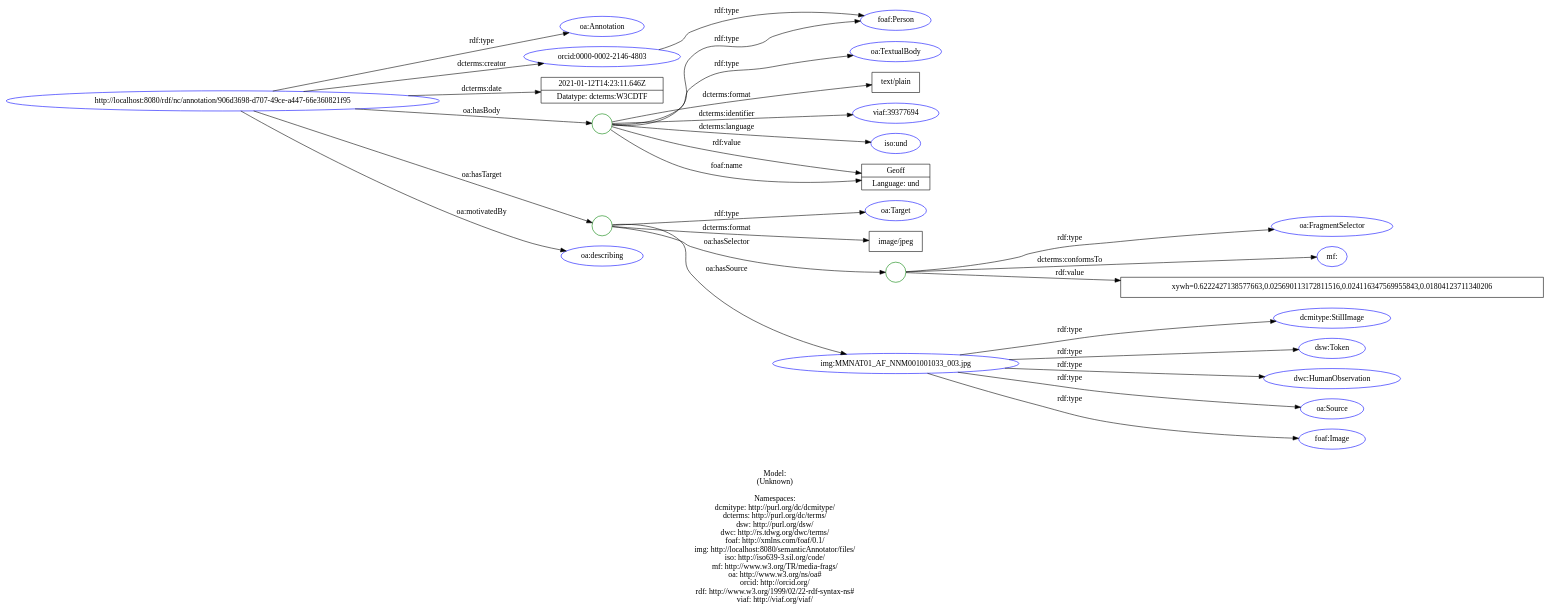
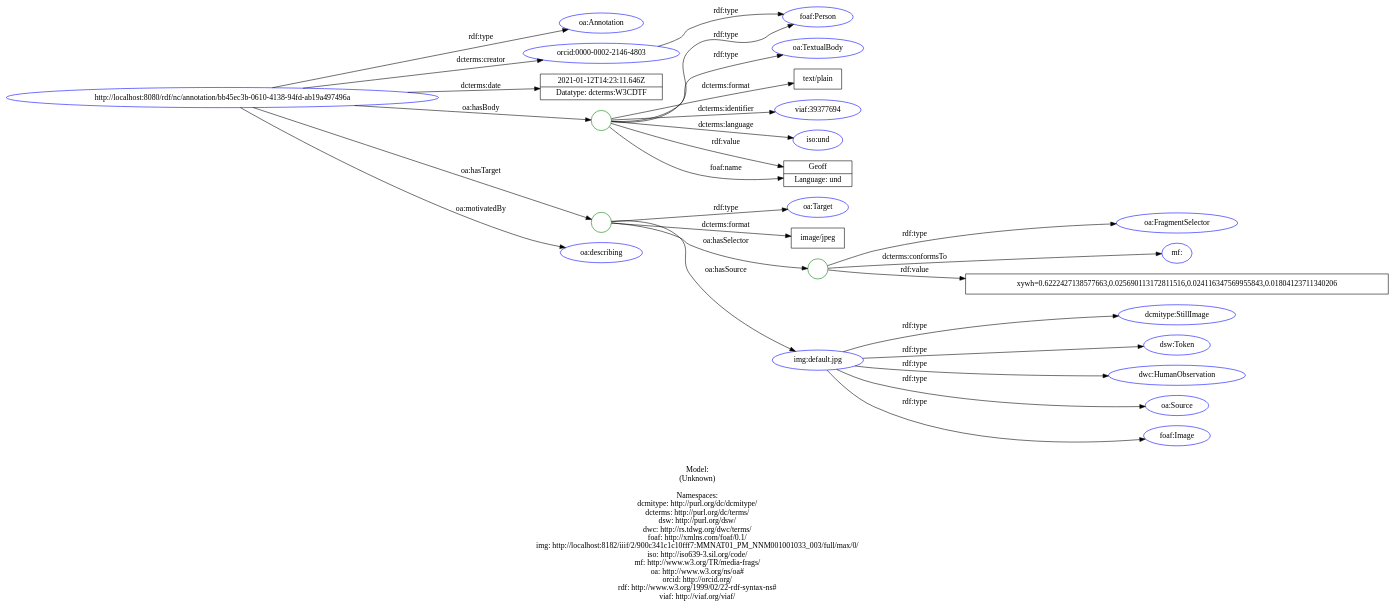
Before and after one commit to lisestork/SFB-Annotator: the diagram in doc/models/example_2_1.dot, drawn with Graphviz. The commit also changed 23 other files, not shown here.

Commit message:
Update RDF graphs & SVG plots.

```diff
--- a/doc/models/example_2_1.dot
+++ b/doc/models/example_2_1.dot
@@ -1,64 +1,64 @@
 digraph {
 	rankdir = LR;
 	charset="utf-8";
 
-	"Rhttp://localhost:8080/rdf/nc/annotation/906d3698-d707-49ce-a447-66e360821f95" -> "Roa:Annotation" [ label="rdf:type" ];
-	"Rhttp://localhost:8080/rdf/nc/annotation/906d3698-d707-49ce-a447-66e360821f95" -> "Rorcid:0000-0002-2146-4803" [ label="dcterms:creator" ];
-	"Rhttp://localhost:8080/rdf/nc/annotation/906d3698-d707-49ce-a447-66e360821f95" -> "L2021-01-12T14:23:11.646Z|Datatype: dcterms:W3CDTF" [ label="dcterms:date" ];
-	"Rhttp://localhost:8080/rdf/nc/annotation/906d3698-d707-49ce-a447-66e360821f95" -> "B_:node1f0go8rutx7" [ label="oa:hasBody" ];
-	"B_:node1f0go8rutx7" -> "Roa:TextualBody" [ label="rdf:type" ];
-	"B_:node1f0go8rutx7" -> "Rfoaf:Person" [ label="rdf:type" ];
-	"B_:node1f0go8rutx7" -> "Ltext/plain" [ label="dcterms:format" ];
-	"B_:node1f0go8rutx7" -> "Rviaf:39377694" [ label="dcterms:identifier" ];
-	"B_:node1f0go8rutx7" -> "Riso:und" [ label="dcterms:language" ];
-	"B_:node1f0go8rutx7" -> "LGeoff|Language: und" [ label="rdf:value" ];
-	"B_:node1f0go8rutx7" -> "LGeoff|Language: und" [ label="foaf:name" ];
-	"Rhttp://localhost:8080/rdf/nc/annotation/906d3698-d707-49ce-a447-66e360821f95" -> "B_:node1f0go8rutx6" [ label="oa:hasTarget" ];
-	"B_:node1f0go8rutx6" -> "Roa:Target" [ label="rdf:type" ];
-	"B_:node1f0go8rutx6" -> "Limage/jpeg" [ label="dcterms:format" ];
-	"B_:node1f0go8rutx6" -> "B_:node1f0go8rutx9" [ label="oa:hasSelector" ];
-	"B_:node1f0go8rutx9" -> "Roa:FragmentSelector" [ label="rdf:type" ];
-	"B_:node1f0go8rutx9" -> "Rmf:" [ label="dcterms:conformsTo" ];
-	"B_:node1f0go8rutx9" -> "Lxywh=0.6222427138577663,0.025690113172811516,0.024116347569955843,0.01804123711340206" [ label="rdf:value" ];
-	"B_:node1f0go8rutx6" -> "Rimg:MMNAT01_AF_NNM001001033_003.jpg" [ label="oa:hasSource" ];
-	"Rhttp://localhost:8080/rdf/nc/annotation/906d3698-d707-49ce-a447-66e360821f95" -> "Roa:describing" [ label="oa:motivatedBy" ];
+	"Rhttp://localhost:8080/rdf/nc/annotation/bb45ec3b-0610-4138-94fd-ab19a497496a" -> "Roa:Annotation" [ label="rdf:type" ];
+	"Rhttp://localhost:8080/rdf/nc/annotation/bb45ec3b-0610-4138-94fd-ab19a497496a" -> "Rorcid:0000-0002-2146-4803" [ label="dcterms:creator" ];
+	"Rhttp://localhost:8080/rdf/nc/annotation/bb45ec3b-0610-4138-94fd-ab19a497496a" -> "L2021-01-12T14:23:11.646Z|Datatype: dcterms:W3CDTF" [ label="dcterms:date" ];
+	"Rhttp://localhost:8080/rdf/nc/annotation/bb45ec3b-0610-4138-94fd-ab19a497496a" -> "B_:node1f0gq2gelx50" [ label="oa:hasBody" ];
+	"B_:node1f0gq2gelx50" -> "Roa:TextualBody" [ label="rdf:type" ];
+	"B_:node1f0gq2gelx50" -> "Rfoaf:Person" [ label="rdf:type" ];
+	"B_:node1f0gq2gelx50" -> "Ltext/plain" [ label="dcterms:format" ];
+	"B_:node1f0gq2gelx50" -> "Rviaf:39377694" [ label="dcterms:identifier" ];
+	"B_:node1f0gq2gelx50" -> "Riso:und" [ label="dcterms:language" ];
+	"B_:node1f0gq2gelx50" -> "LGeoff|Language: und" [ label="rdf:value" ];
+	"B_:node1f0gq2gelx50" -> "LGeoff|Language: und" [ label="foaf:name" ];
+	"Rhttp://localhost:8080/rdf/nc/annotation/bb45ec3b-0610-4138-94fd-ab19a497496a" -> "B_:node1f0gq2gelx49" [ label="oa:hasTarget" ];
+	"B_:node1f0gq2gelx49" -> "Roa:Target" [ label="rdf:type" ];
+	"B_:node1f0gq2gelx49" -> "Limage/jpeg" [ label="dcterms:format" ];
+	"B_:node1f0gq2gelx49" -> "B_:node1f0gq2gelx52" [ label="oa:hasSelector" ];
+	"B_:node1f0gq2gelx52" -> "Roa:FragmentSelector" [ label="rdf:type" ];
+	"B_:node1f0gq2gelx52" -> "Rmf:" [ label="dcterms:conformsTo" ];
+	"B_:node1f0gq2gelx52" -> "Lxywh=0.6222427138577663,0.025690113172811516,0.024116347569955843,0.01804123711340206" [ label="rdf:value" ];
+	"B_:node1f0gq2gelx49" -> "Rimg:default.jpg" [ label="oa:hasSource" ];
+	"Rhttp://localhost:8080/rdf/nc/annotation/bb45ec3b-0610-4138-94fd-ab19a497496a" -> "Roa:describing" [ label="oa:motivatedBy" ];
 	"Rorcid:0000-0002-2146-4803" -> "Rfoaf:Person" [ label="rdf:type" ];
-	"Rimg:MMNAT01_AF_NNM001001033_003.jpg" -> "Rdcmitype:StillImage" [ label="rdf:type" ];
-	"Rimg:MMNAT01_AF_NNM001001033_003.jpg" -> "Rdsw:Token" [ label="rdf:type" ];
-	"Rimg:MMNAT01_AF_NNM001001033_003.jpg" -> "Rdwc:HumanObservation" [ label="rdf:type" ];
-	"Rimg:MMNAT01_AF_NNM001001033_003.jpg" -> "Roa:Source" [ label="rdf:type" ];
-	"Rimg:MMNAT01_AF_NNM001001033_003.jpg" -> "Rfoaf:Image" [ label="rdf:type" ];
+	"Rimg:default.jpg" -> "Rdcmitype:StillImage" [ label="rdf:type" ];
+	"Rimg:default.jpg" -> "Rdsw:Token" [ label="rdf:type" ];
+	"Rimg:default.jpg" -> "Rdwc:HumanObservation" [ label="rdf:type" ];
+	"Rimg:default.jpg" -> "Roa:Source" [ label="rdf:type" ];
+	"Rimg:default.jpg" -> "Rfoaf:Image" [ label="rdf:type" ];
 
 	// Resources
-	"Rhttp://localhost:8080/rdf/nc/annotation/906d3698-d707-49ce-a447-66e360821f95" [ label="http://localhost:8080/rdf/nc/annotation/906d3698-d707-49ce-a447-66e360821f95", shape = ellipse, color = blue ];
+	"Rhttp://localhost:8080/rdf/nc/annotation/bb45ec3b-0610-4138-94fd-ab19a497496a" [ label="http://localhost:8080/rdf/nc/annotation/bb45ec3b-0610-4138-94fd-ab19a497496a", shape = ellipse, color = blue ];
 	"Roa:Annotation" [ label="oa:Annotation", shape = ellipse, color = blue ];
 	"Rorcid:0000-0002-2146-4803" [ label="orcid:0000-0002-2146-4803", shape = ellipse, color = blue ];
 	"Roa:TextualBody" [ label="oa:TextualBody", shape = ellipse, color = blue ];
 	"Rfoaf:Person" [ label="foaf:Person", shape = ellipse, color = blue ];
 	"Rviaf:39377694" [ label="viaf:39377694", shape = ellipse, color = blue ];
 	"Riso:und" [ label="iso:und", shape = ellipse, color = blue ];
 	"Roa:Target" [ label="oa:Target", shape = ellipse, color = blue ];
 	"Roa:FragmentSelector" [ label="oa:FragmentSelector", shape = ellipse, color = blue ];
 	"Rmf:" [ label="mf:", shape = ellipse, color = blue ];
-	"Rimg:MMNAT01_AF_NNM001001033_003.jpg" [ label="img:MMNAT01_AF_NNM001001033_003.jpg", shape = ellipse, color = blue ];
+	"Rimg:default.jpg" [ label="img:default.jpg", shape = ellipse, color = blue ];
 	"Roa:describing" [ label="oa:describing", shape = ellipse, color = blue ];
 	"Rdcmitype:StillImage" [ label="dcmitype:StillImage", shape = ellipse, color = blue ];
 	"Rdsw:Token" [ label="dsw:Token", shape = ellipse, color = blue ];
 	"Rdwc:HumanObservation" [ label="dwc:HumanObservation", shape = ellipse, color = blue ];
 	"Roa:Source" [ label="oa:Source", shape = ellipse, color = blue ];
 	"Rfoaf:Image" [ label="foaf:Image", shape = ellipse, color = blue ];
 
 	// Anonymous nodes
-	"B_:node1f0go8rutx7" [ label="", shape = circle, color = green ];
-	"B_:node1f0go8rutx6" [ label="", shape = circle, color = green ];
-	"B_:node1f0go8rutx9" [ label="", shape = circle, color = green ];
+	"B_:node1f0gq2gelx50" [ label="", shape = circle, color = green ];
+	"B_:node1f0gq2gelx49" [ label="", shape = circle, color = green ];
+	"B_:node1f0gq2gelx52" [ label="", shape = circle, color = green ];
 
 	// Literals
 	"L2021-01-12T14:23:11.646Z|Datatype: dcterms:W3CDTF" [ label="2021-01-12T14:23:11.646Z|Datatype: dcterms:W3CDTF", shape = record ];
 	"Ltext/plain" [ label="text/plain", shape = record ];
 	"LGeoff|Language: und" [ label="Geoff|Language: und", shape = record ];
 	"Limage/jpeg" [ label="image/jpeg", shape = record ];
 	"Lxywh=0.6222427138577663,0.025690113172811516,0.024116347569955843,0.01804123711340206" [ label="xywh=0.6222427138577663,0.025690113172811516,0.024116347569955843,0.01804123711340206", shape = record ];
 
-	label="\n\nModel:\n(Unknown)\n\nNamespaces:\ndcmitype: http://purl.org/dc/dcmitype/\ndcterms: http://purl.org/dc/terms/\ndsw: http://purl.org/dsw/\ndwc: http://rs.tdwg.org/dwc/terms/\nfoaf: http://xmlns.com/foaf/0.1/\nimg: http://localhost:8080/semanticAnnotator/files/\niso: http://iso639-3.sil.org/code/\nmf: http://www.w3.org/TR/media-frags/\noa: http://www.w3.org/ns/oa#\norcid: http://orcid.org/\nrdf: http://www.w3.org/1999/02/22-rdf-syntax-ns#\nviaf: http://viaf.org/viaf/\n";
+	label="\n\nModel:\n(Unknown)\n\nNamespaces:\ndcmitype: http://purl.org/dc/dcmitype/\ndcterms: http://purl.org/dc/terms/\ndsw: http://purl.org/dsw/\ndwc: http://rs.tdwg.org/dwc/terms/\nfoaf: http://xmlns.com/foaf/0.1/\nimg: http://localhost:8182/iiif/2/900c341c1c10fff7:MMNAT01_PM_NNM001001033_003/full/max/0/\niso: http://iso639-3.sil.org/code/\nmf: http://www.w3.org/TR/media-frags/\noa: http://www.w3.org/ns/oa#\norcid: http://orcid.org/\nrdf: http://www.w3.org/1999/02/22-rdf-syntax-ns#\nviaf: http://viaf.org/viaf/\n";
 }
```
